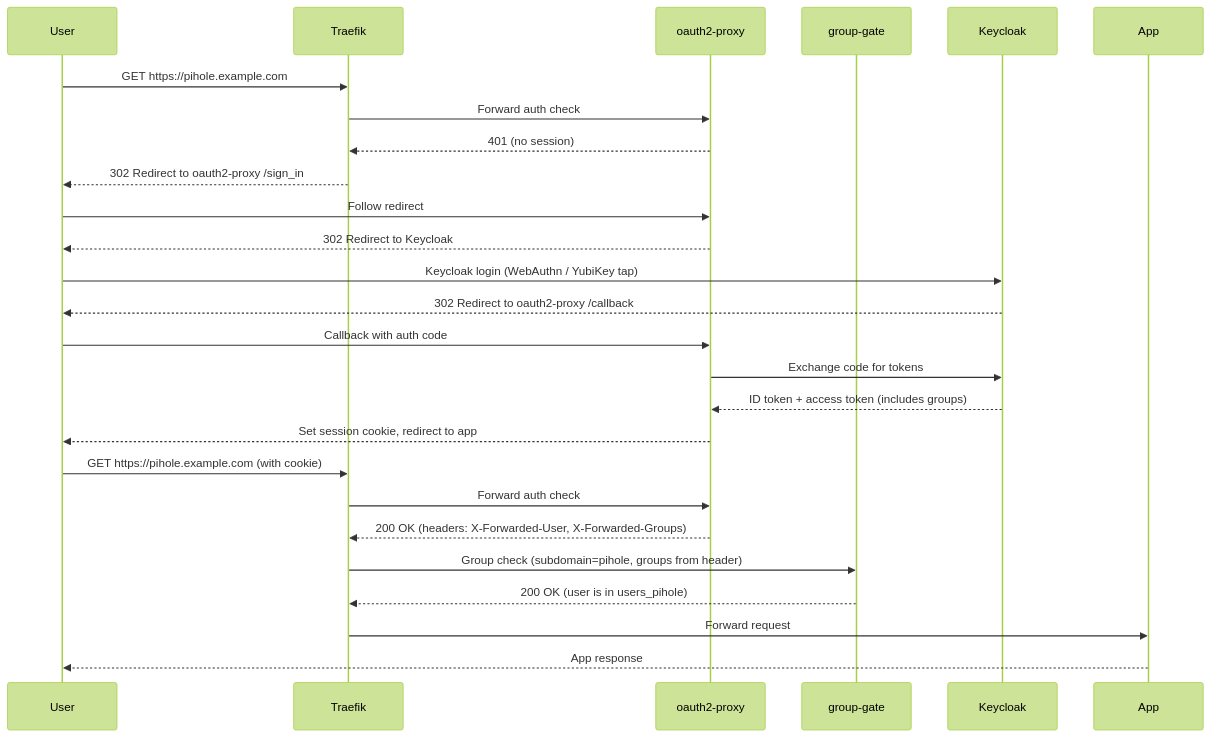
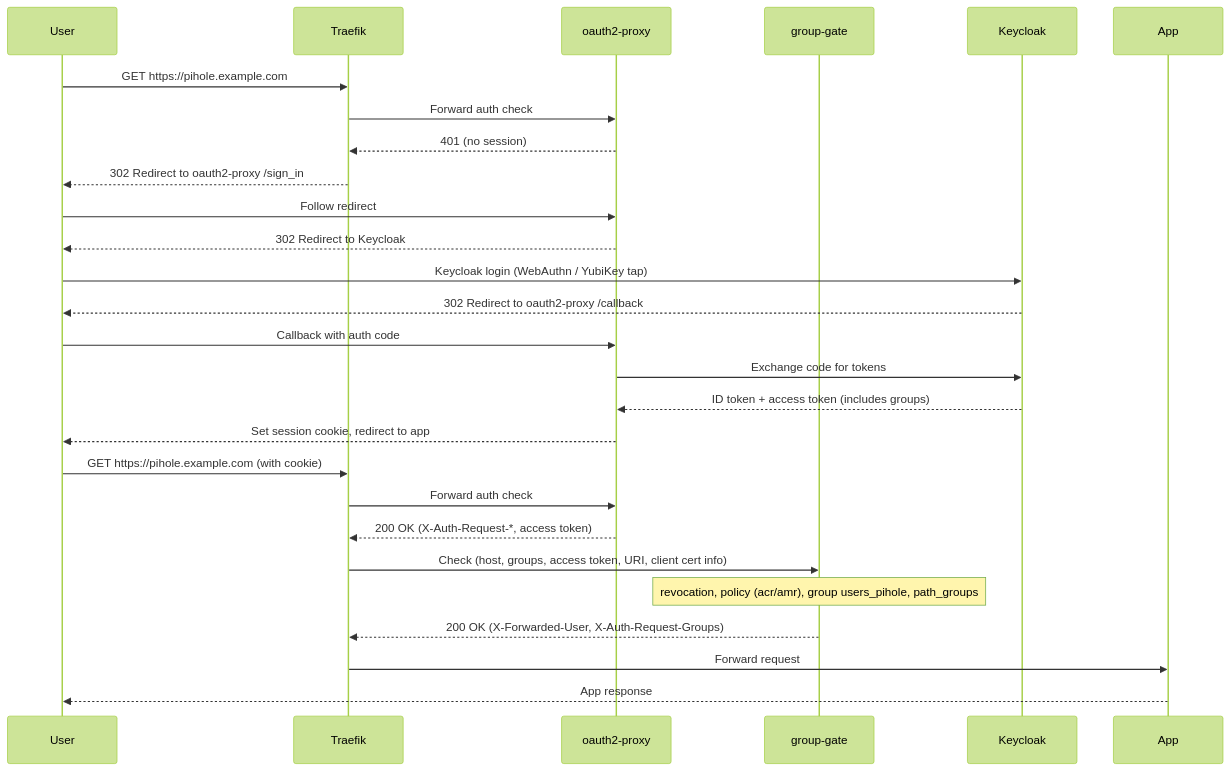
One commit to porelli/portcullis-docs changed the second of 6 diagrams in docs/architecture.md. Above: the diagram before and after it, drawn with Mermaid (forest theme). The commit also changed other lines of this file and 2 other files, not shown here.

Commit message:
docs: security and hardening page, architecture diagrams with socket proxies and portcullis-auth

````diff
--- a/docs/architecture.md
+++ b/docs/architecture.md
@@ -91,29 +114,30 @@
 ```mermaid
 sequenceDiagram
     participant U as User
     participant T as Traefik
     participant O as oauth2-proxy
     participant G as group-gate
     participant K as Keycloak
     participant A as App
 
     U->>T: GET https://pihole.example.com
     T->>O: Forward auth check
     O-->>T: 401 (no session)
     T-->>U: 302 Redirect to oauth2-proxy /sign_in
     U->>O: Follow redirect
     O-->>U: 302 Redirect to Keycloak
     U->>K: Keycloak login (WebAuthn / YubiKey tap)
     K-->>U: 302 Redirect to oauth2-proxy /callback
     U->>O: Callback with auth code
     O->>K: Exchange code for tokens
     K-->>O: ID token + access token (includes groups)
     O-->>U: Set session cookie, redirect to app
     U->>T: GET https://pihole.example.com (with cookie)
     T->>O: Forward auth check
-    O-->>T: 200 OK (headers: X-Forwarded-User, X-Forwarded-Groups)
-    T->>G: Group check (subdomain=pihole, groups from header)
-    G-->>T: 200 OK (user is in users_pihole)
+    O-->>T: 200 OK (X-Auth-Request-*, access token)
+    T->>G: Check (host, groups, access token, URI, client cert info)
+    Note over G: revocation, policy (acr/amr), group users_pihole, path_groups
+    G-->>T: 200 OK (X-Forwarded-User, X-Auth-Request-Groups)
     T->>A: Forward request
     A-->>U: App response
 ```
````
